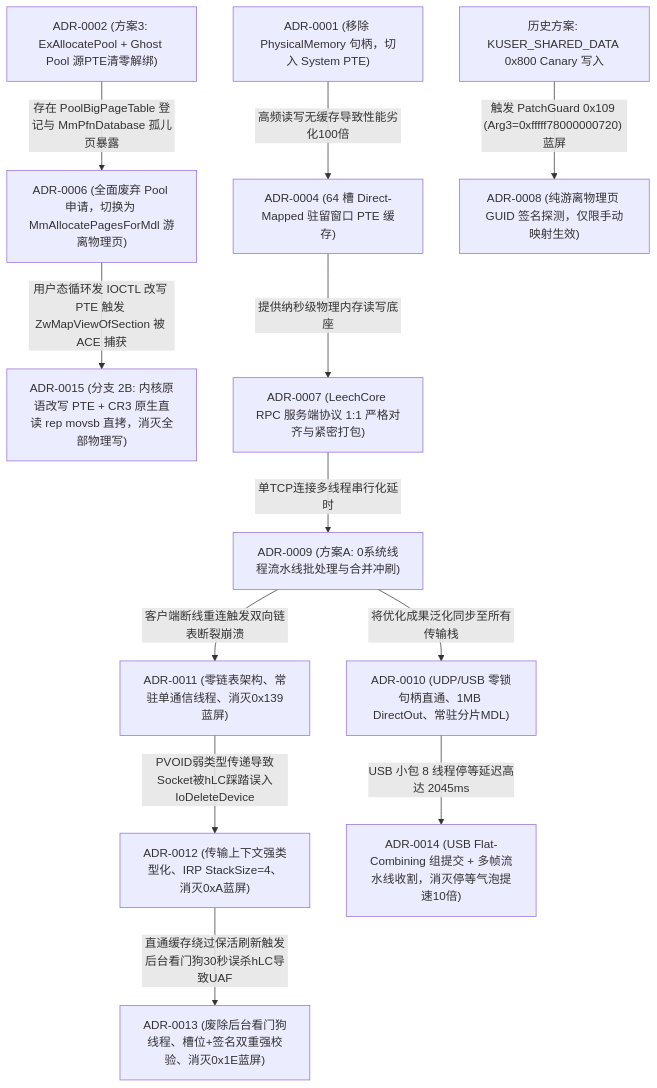
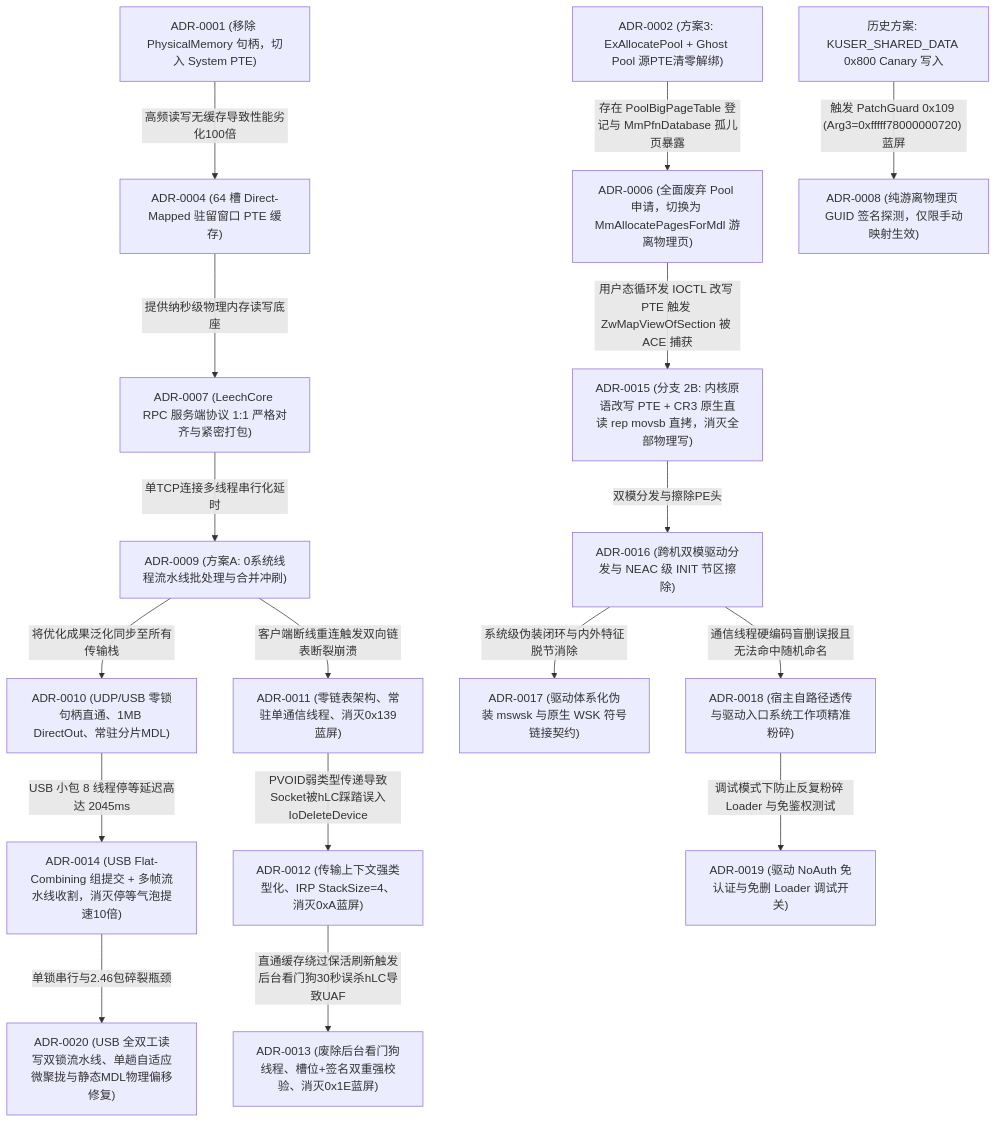
The diagram in docs/decisions/README.md (zhugeliang666/CheatDrv), drawn with Mermaid before and after one commit. The commit also changed other lines of this file and 20 other files, not shown here.

````diff
--- a/docs/decisions/README.md
+++ b/docs/decisions/README.md
@@ -31,14 +36,20 @@
 ```mermaid
+
 graph TD
     A["ADR-0002 (方案3: ExAllocatePool + Ghost Pool 源PTE清零解绑)"] --"存在 PoolBigPageTable 登记与 MmPfnDatabase 孤儿页暴露"--> B["ADR-0006 (全面废弃 Pool 申请，切换为 MmAllocatePagesForMdl 游离物理页)"]
     B --"用户态循环发 IOCTL 改写 PTE 触发 ZwMapViewOfSection 被 ACE 捕获"--> N["ADR-0015 (分支 2B: 内核原语改写 PTE + CR3 原生直读 rep movsb 直拷，消灭全部物理写)"]
     C["ADR-0001 (移除 PhysicalMemory 句柄，切入 System PTE)"] --"高频读写无缓存导致性能劣化100倍"--> D["ADR-0004 (64 槽 Direct-Mapped 驻留窗口 PTE 缓存)"]
     D --"提供纳秒级物理内存读写底座"--> E["ADR-0007 (LeechCore RPC 服务端协议 1:1 严格对齐与紧密打包)"]
     F["历史方案: KUSER_SHARED_DATA 0x800 Canary 写入"] --"触发 PatchGuard 0x109 (Arg3=0xfffff78000000720) 蓝屏"--> G["ADR-0008 (纯游离物理页 GUID 签名探测，仅限手动映射生效)"]
     E --"单TCP连接多线程串行化延时"--> H["ADR-0009 (方案A: 0系统线程流水线批处理与合并冲刷)"]
     H --"将优化成果泛化同步至所有传输栈"--> I["ADR-0010 (UDP/USB 零锁句柄直通、1MB DirectOut、常驻分片MDL)"]
     H --"客户端断线重连触发双向链表断裂崩溃"--> J["ADR-0011 (零链表架构、常驻单通信线程、消灭0x139蓝屏)"]
     J --"PVOID弱类型传递导致Socket被hLC踩踏误入IoDeleteDevice"--> K["ADR-0012 (传输上下文强类型化、IRP StackSize=4、消灭0xA蓝屏)"]
     K --"直通缓存绕过保活刷新触发后台看门狗30秒误杀hLC导致UAF"--> L["ADR-0013 (废除后台看门狗线程、槽位+签名双重强校验、消灭0x1E蓝屏)"]
     I --"USB 小包 8 线程停等延迟高达 2045ms"--> M["ADR-0014 (USB Flat-Combining 组提交 + 多帧流水线收割，消灭停等气泡提速10倍)"]
+    M --"单锁串行与2.46包碎裂瓶颈"--> T["ADR-0020 (USB 全双工读写双锁流水线、单趟自适应微聚拢与静态MDL物理偏移修复)"]
+    N --"双模分发与擦除PE头"--> P["ADR-0016 (跨机双模驱动分发与 NEAC 级 INIT 节区擦除)"]
+    P --"系统级伪装闭环与内外特征脱节消除"--> Q["ADR-0017 (驱动体系化伪装 mswsk 与原生 WSK 符号链接契约)"]
+    P --"通信线程硬编码盲删误报且无法命中随机命名"--> R["ADR-0018 (宿主自路径透传与驱动入口系统工作项精准粉碎)"]
+    R --"调试模式下防止反复粉碎 Loader 与免鉴权测试"--> S["ADR-0019 (驱动 NoAuth 免认证与免删 Loader 调试开关)"]
 ```
````
